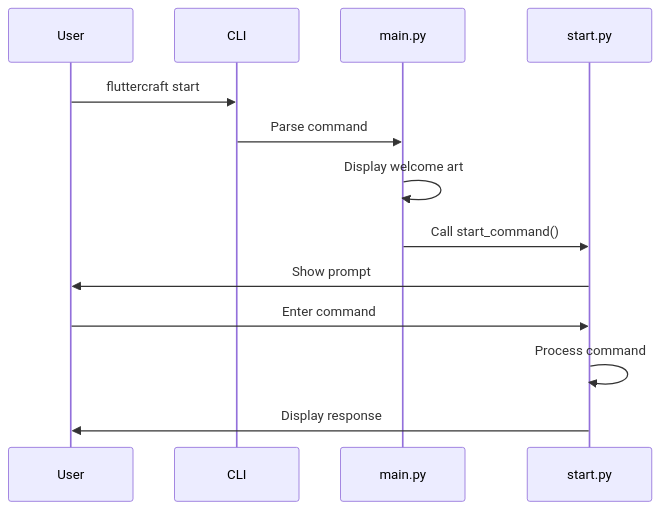
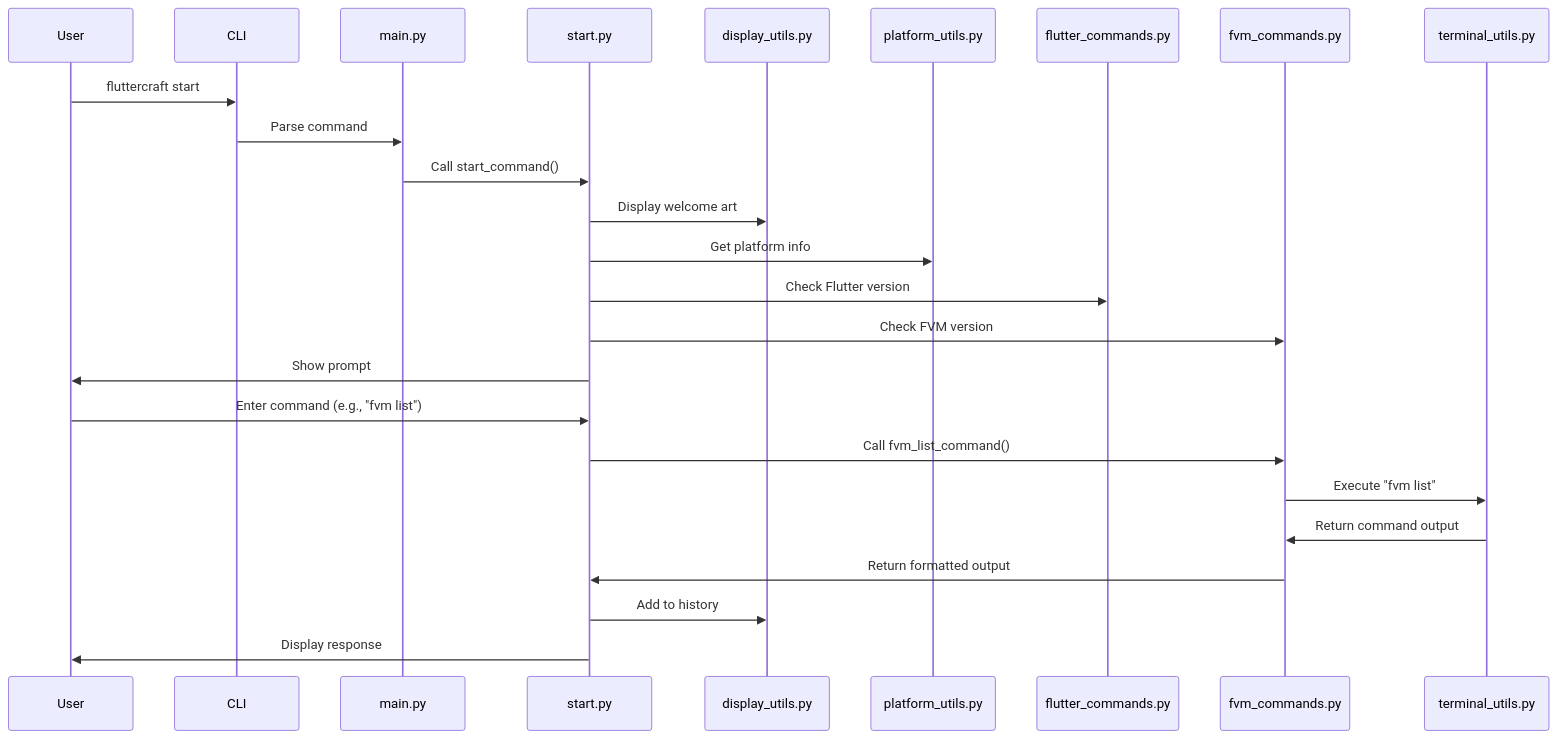
The diagram in docs/architecture.md (UTTAM-VAGHASIA/fluttercraft), drawn with Mermaid before and after one commit. The commit also changed other lines of this file and 22 other files, not shown here.

````diff
--- a/docs/architecture.md
+++ b/docs/architecture.md
@@ -52,11 +97,18 @@
 ```mermaid
 sequenceDiagram
     User->>CLI: fluttercraft start
     CLI->>main.py: Parse command
-    main.py->>main.py: Display welcome art
     main.py->>start.py: Call start_command()
+    start.py->>display_utils.py: Display welcome art
+    start.py->>platform_utils.py: Get platform info
+    start.py->>flutter_commands.py: Check Flutter version
+    start.py->>fvm_commands.py: Check FVM version
     start.py->>User: Show prompt
-    User->>start.py: Enter command
-    start.py->>start.py: Process command
+    User->>start.py: Enter command (e.g., "fvm list")
+    start.py->>fvm_commands.py: Call fvm_list_command()
+    fvm_commands.py->>terminal_utils.py: Execute "fvm list"
+    terminal_utils.py->>fvm_commands.py: Return command output
+    fvm_commands.py->>start.py: Return formatted output
+    start.py->>display_utils.py: Add to history
     start.py->>User: Display response
 ```
````
